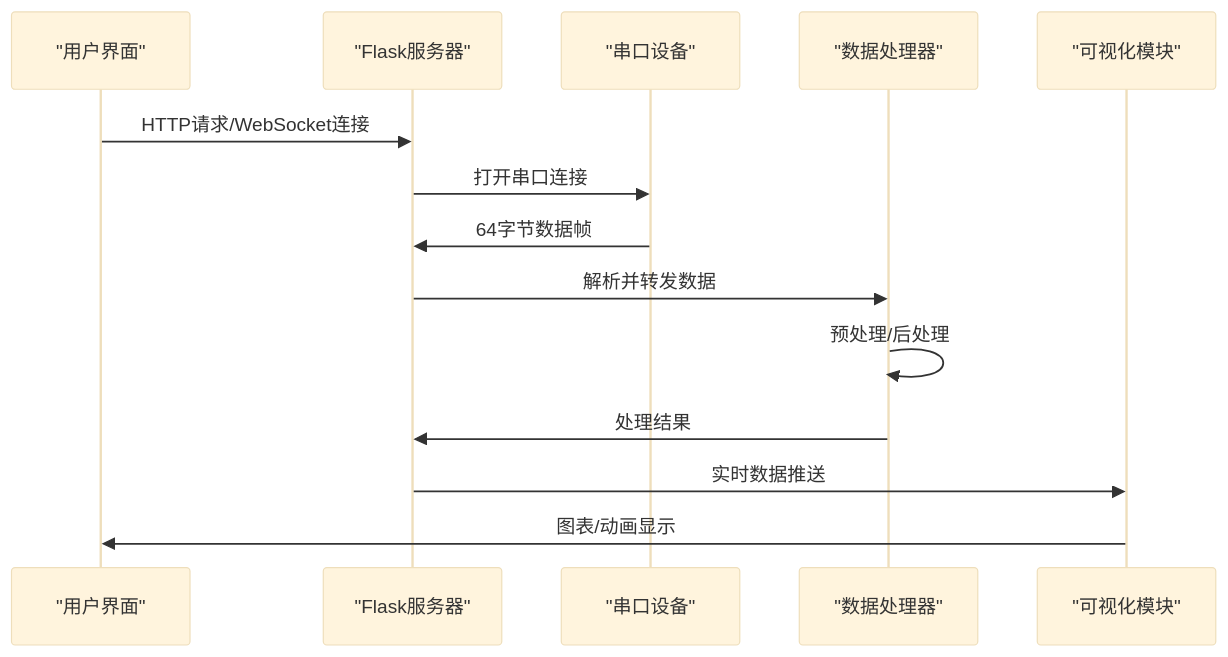
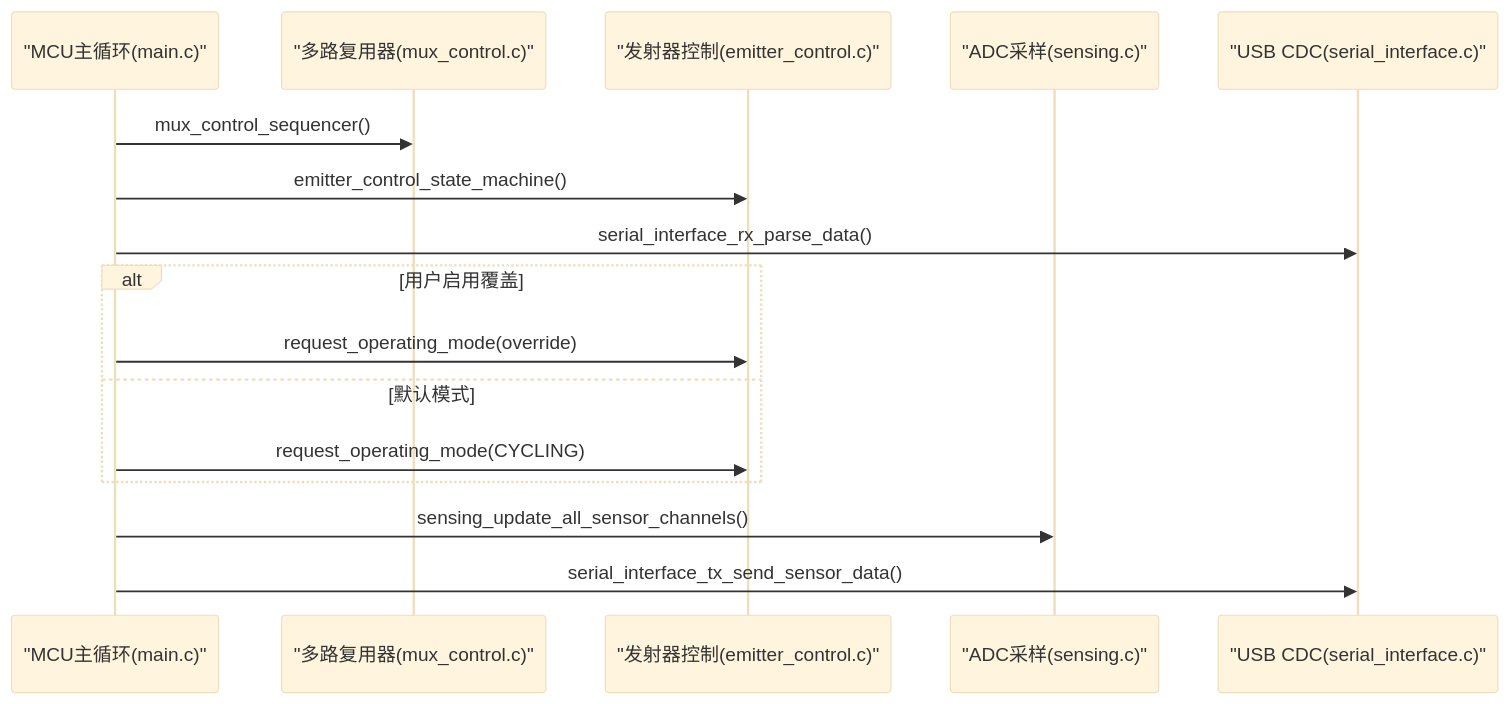
Before and after one commit to zhushizi/fNIRS-main: the second of 9 diagrams in .qoder/repowiki/zh/content/固件开发/固件开发.md, drawn with Mermaid (base theme). The commit also changed other lines of this file and 84 other files, not shown here.

````diff
--- a/.qoder/repowiki/zh/content/固件开发/固件开发.md
+++ b/.qoder/repowiki/zh/content/固件开发/固件开发.md
@@ -121,16 +134,18 @@
 ```mermaid
 sequenceDiagram
-participant USER as "用户界面"
-participant SERVER as "Flask服务器"
-participant SERIAL as "串口设备"
-participant PROCESSOR as "数据处理器"
-participant VISUAL as "可视化模块"
-USER->>SERVER : HTTP请求/WebSocket连接
-SERVER->>SERIAL : 打开串口连接
-SERIAL->>SERVER : 64字节数据帧
-SERVER->>PROCESSOR : 解析并转发数据
-PROCESSOR->>PROCESSOR : 预处理/后处理
-PROCESSOR->>SERVER : 处理结果
-SERVER->>VISUAL : 实时数据推送
-VISUAL->>USER : 图表/动画显示
+participant MCU as "MCU主循环(main.c)"
+participant MUX as "多路复用器(mux_control.c)"
+participant EMIT as "发射器控制(emitter_control.c)"
+participant SENSE as "ADC采样(sensing.c)"
+participant USB as "USB CDC(serial_interface.c)"
+MCU->>MUX : mux_control_sequencer()
+MCU->>EMIT : emitter_control_state_machine()
+MCU->>USB : serial_interface_rx_parse_data()
+alt 用户启用覆盖
+MCU->>EMIT : request_operating_mode(override)
+else 默认模式
+MCU->>EMIT : request_operating_mode(CYCLING)
+end
+MCU->>SENSE : sensing_update_all_sensor_channels()
+MCU->>USB : serial_interface_tx_send_sensor_data()
 ```
````
